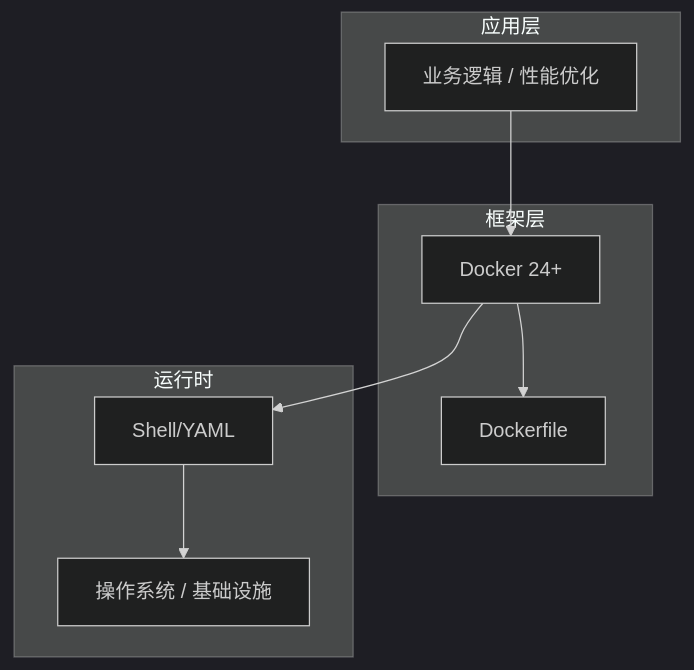
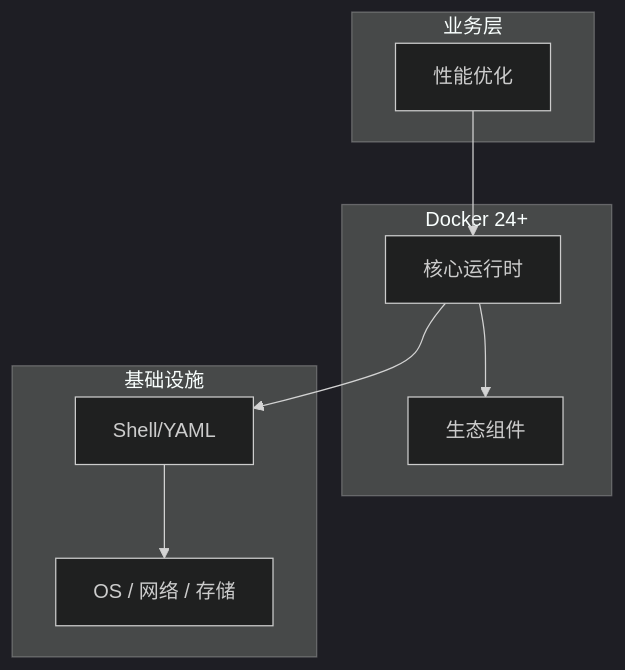
Before and after one commit to yanggan2015/knowledge-json-v2: the diagram in articles/Docker/chapters/077-性能优化核心概念与原理.md, drawn with Mermaid (dark theme). The commit also changed other lines of this file and 10127 other files, not shown here.

````diff
--- a/articles/Docker/chapters/077-性能优化核心概念与原理.md
+++ b/articles/Docker/chapters/077-性能优化核心概念与原理.md
@@ -45,18 +34,18 @@
 ```mermaid
 graph TB
-    subgraph 应用层
-        A[业务逻辑 / 性能优化]
+    subgraph 业务层
+        A[性能优化]
     end
-    subgraph 框架层
-        B[Docker 24+]
-        C[Dockerfile]
+    subgraph Docker 24+
+        B[核心运行时]
+        C[生态组件]
     end
-    subgraph 运行时
+    subgraph 基础设施
         D[Shell/YAML]
-        E[操作系统 / 基础设施]
+        E[OS / 网络 / 存储]
     end
     A --> B
     B --> C
     B --> D
     D --> E
 ```
````
